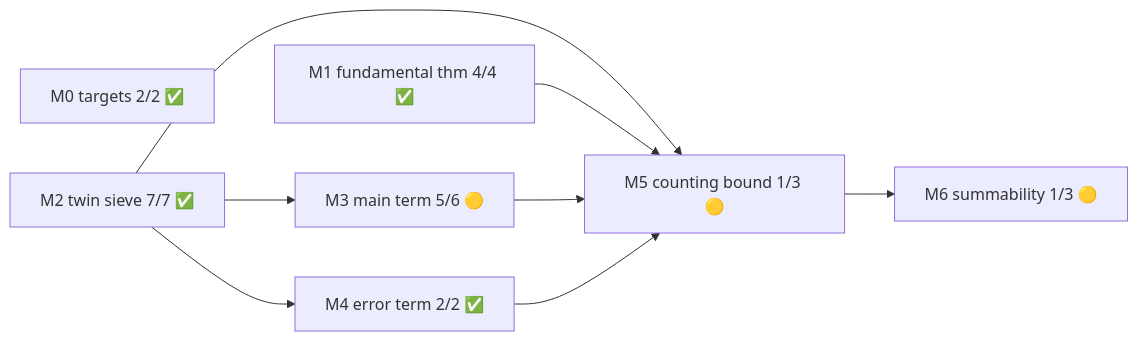
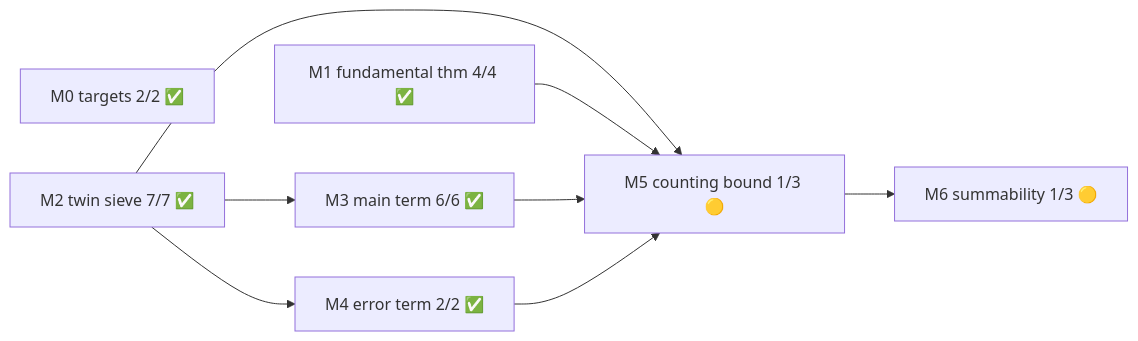
Before and after one commit to jyh/salt: the first of 2 diagrams in docs/blueprints/brun-guide.md, drawn with Mermaid. The commit also changed other lines of this file and 3 other files, not shown here.

````diff
--- a/docs/blueprints/brun-guide.md
+++ b/docs/blueprints/brun-guide.md
@@ -221,17 +223,17 @@
 ```mermaid
 flowchart LR
   M0["M0 targets 2/2 ✅"]
   M1["M1 fundamental thm 4/4 ✅"]
   M2["M2 twin sieve 7/7 ✅"]
-  M3["M3 main term 5/6 🟡"]
+  M3["M3 main term 6/6 ✅"]
   M4["M4 error term 2/2 ✅"]
   M5["M5 counting bound 1/3 🟡"]
   M6["M6 summability 1/3 🟡"]
   M2 --> M3
   M2 --> M4
   M2 --> M5
   M1 --> M5
   M3 --> M5
   M4 --> M5
   M5 --> M6
 ```
````
